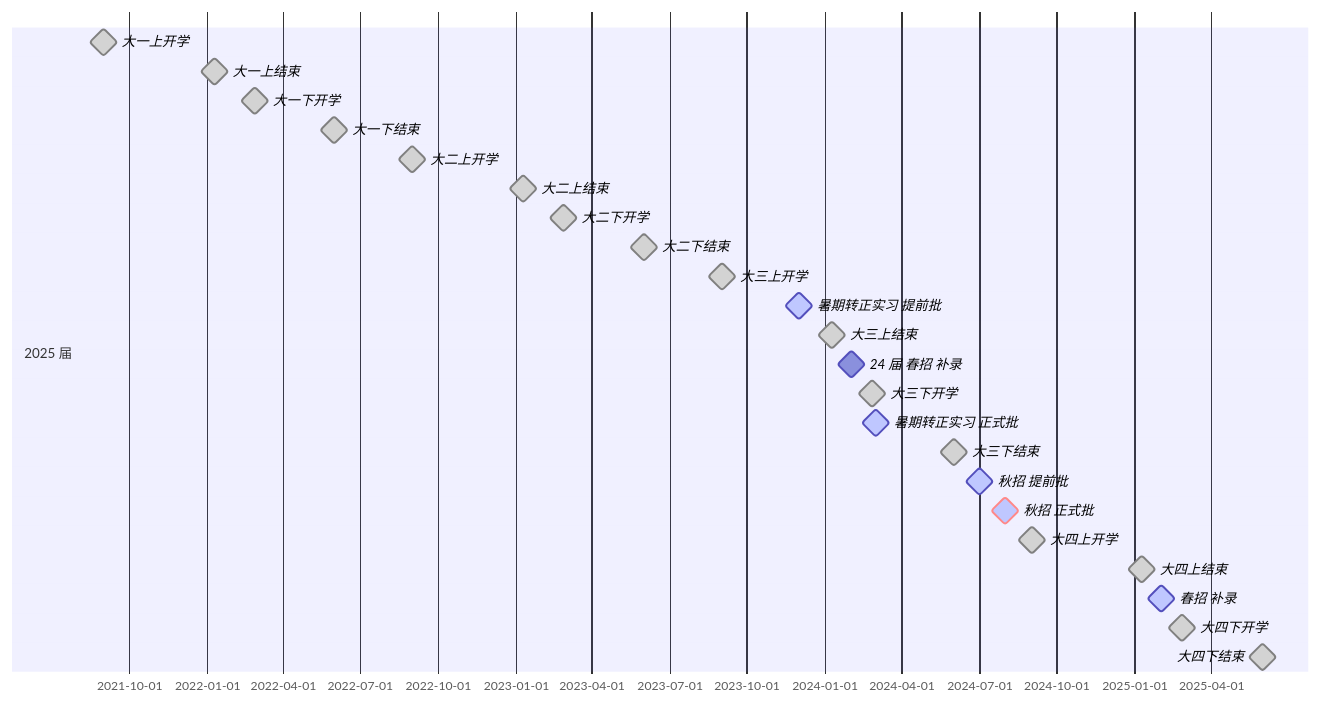
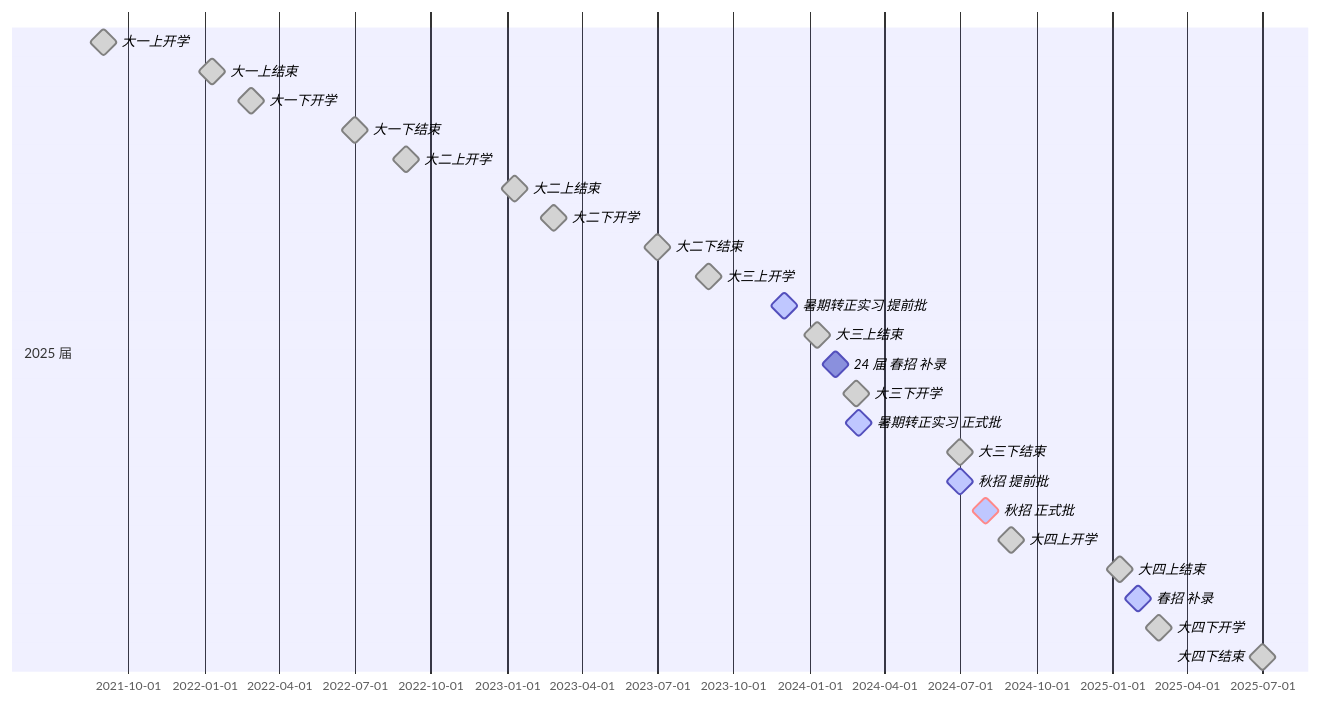
The second of 3 diagrams in 专题/【长线】实时关注招聘.md (james-curtis/public-diary), drawn with Mermaid before and after one commit. The commit also changed other lines of this file, not shown here.

````diff
--- a/专题/【长线】实时关注招聘.md
+++ b/专题/【长线】实时关注招聘.md
@@ -92,45 +92,45 @@
 ```mermaid
 gantt
     dateFormat  YYYY-MM-DD
 
     section 2025 届
     大一上开学      :milestone, done, 2021-09-01, 0d
 
     大一上结束      :milestone, done, 2022-01-10, 0d
     大一下开学      :milestone, done, 2022-02-26, 0d
-    大一下结束      :milestone, done, 2022-06-01, 0d
+    大一下结束      :milestone, done, 2022-07-01, 0d
     大二上开学      :milestone, done, 2022-09-01, 0d
 
     大二上结束      :milestone, done, 2023-01-10, 0d
     大二下开学      :milestone, done, 2023-02-26, 0d
-    大二下结束      :milestone, done, 2023-06-01, 0d
+    大二下结束      :milestone, done, 2023-07-01, 0d
     大三上开学      :milestone, done, 2023-09-01, 0d
 
     %% 招聘
     暑期转正实习 提前批 :milestone, active, 2023-12-01, 0d
     %% 招聘
 
     大三上结束      :milestone, done, 2024-01-10, 0d
     %% 招聘
     24 届 春招 补录    :milestone, 2024-02-01, 0d
     %% 招聘
     大三下开学      :milestone, done, 2024-02-26, 0d
     %% 招聘
     暑期转正实习 正式批 :milestone, active, 2024-03-01, 0d
     %% 招聘
-    大三下结束      :milestone, done, 2024-06-01, 0d
+    大三下结束      :milestone, done, 2024-07-01, 0d
     %% 招聘
     秋招 提前批     :milestone, active, 2024-07-01, 0d
     秋招 正式批     :milestone, active, crit, 2024-08-01, 0d
     %% 招聘
     大四上开学      :milestone, done, 2024-09-01, 0d
 
     大四上结束      :milestone, done, 2025-01-10, 0d
     %% 招聘
     春招 补录       :milestone, active, 2025-02-01, 0d
     %% 招聘
     大四下开学      :milestone, done, 2025-02-26, 0d
-    大四下结束      :milestone, done, 2025-06-01, 0d
+    大四下结束      :milestone, done, 2025-07-01, 0d
 
     %% 其他
 ```
````
